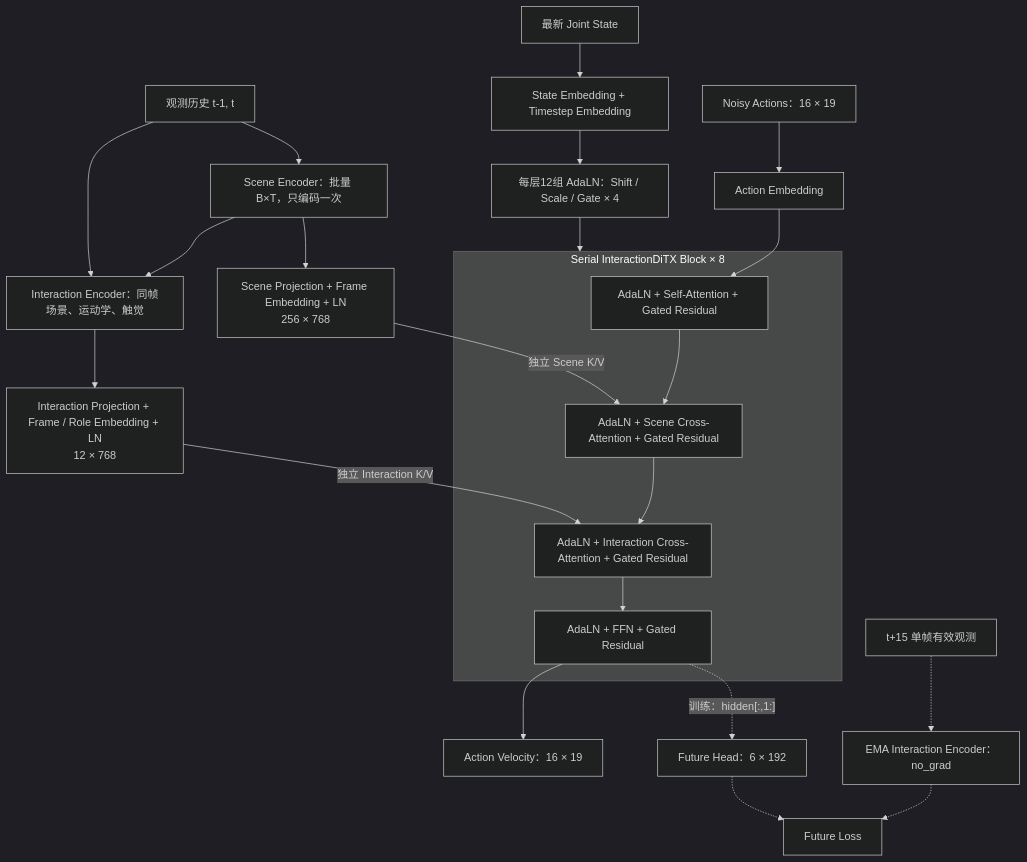
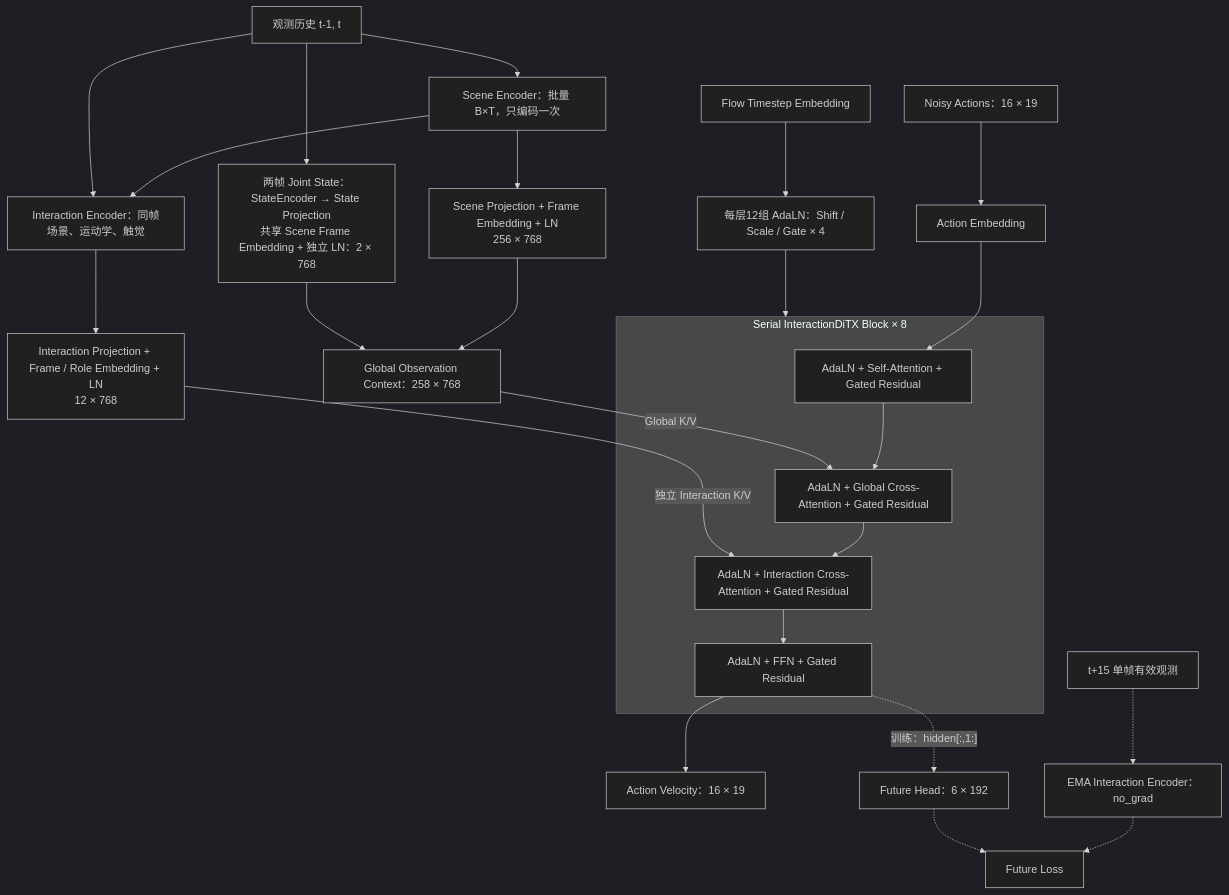
Before and after one commit to haoyangzhanglab/dexmani_policy: the diagram in docs/InteractionFlow模型架构.md, drawn with Mermaid (dark theme). The commit also changed other lines of this file and 4 other files, not shown here.

Commit message:
Move InteractionFlow state conditioning to global observation context

````diff
--- a/docs/InteractionFlow模型架构.md
+++ b/docs/InteractionFlow模型架构.md
@@ -29,25 +29,27 @@
 ```mermaid
 flowchart TD
     obs["观测历史 t-1, t"] --> scene_encoder["Scene Encoder：批量 B×T，只编码一次"]
     scene_encoder --> scene["Scene Projection + Frame Embedding + LN<br/>256 × 768"]
     scene_encoder --> inter_encoder["Interaction Encoder：同帧场景、运动学、触觉"]
     obs --> inter_encoder
     inter_encoder --> interaction["Interaction Projection + Frame / Role Embedding + LN<br/>12 × 768"]
-    joints["最新 Joint State"] --> condition["State Embedding + Timestep Embedding"]
-    condition --> adaln["每层12组 AdaLN：Shift / Scale / Gate × 4"]
+    obs --> joints["两帧 Joint State：StateEncoder → State Projection<br/>共享 Scene Frame Embedding + 独立 LN：2 × 768"]
+    scene --> global_context["Global Observation Context：258 × 768"]
+    joints --> global_context
+    time["Flow Timestep Embedding"] --> adaln["每层12组 AdaLN：Shift / Scale / Gate × 4"]
     noisy["Noisy Actions：16 × 19"] --> embed["Action Embedding"]
     subgraph block["Serial InteractionDiTX Block × 8"]
-        sa["AdaLN + Self-Attention + Gated Residual"] --> sca["AdaLN + Scene Cross-Attention + Gated Residual"]
+        sa["AdaLN + Self-Attention + Gated Residual"] --> sca["AdaLN + Global Cross-Attention + Gated Residual"]
         sca --> ica["AdaLN + Interaction Cross-Attention + Gated Residual"]
         ica --> ffn["AdaLN + FFN + Gated Residual"]
     end
     embed --> sa
     adaln --> block
-    scene -->|独立 Scene K/V| sca
+    global_context -->|Global K/V| sca
     interaction -->|独立 Interaction K/V| ica
     ffn --> velocity["Action Velocity：16 × 19"]
     ffn -. "训练：hidden[:,1:]" .-> head["Future Head：6 × 192"]
     future["t+15 单帧有效观测"] -.-> teacher["EMA Interaction Encoder：no_grad"]
     teacher -.-> loss["Future Loss"]
     head -.-> loss
 ```
````
